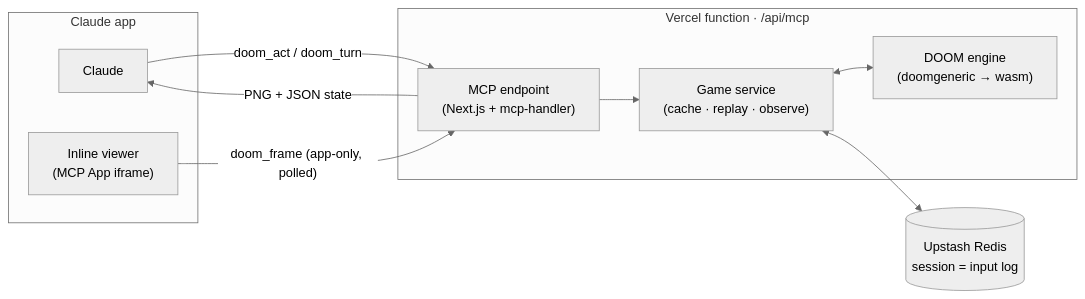
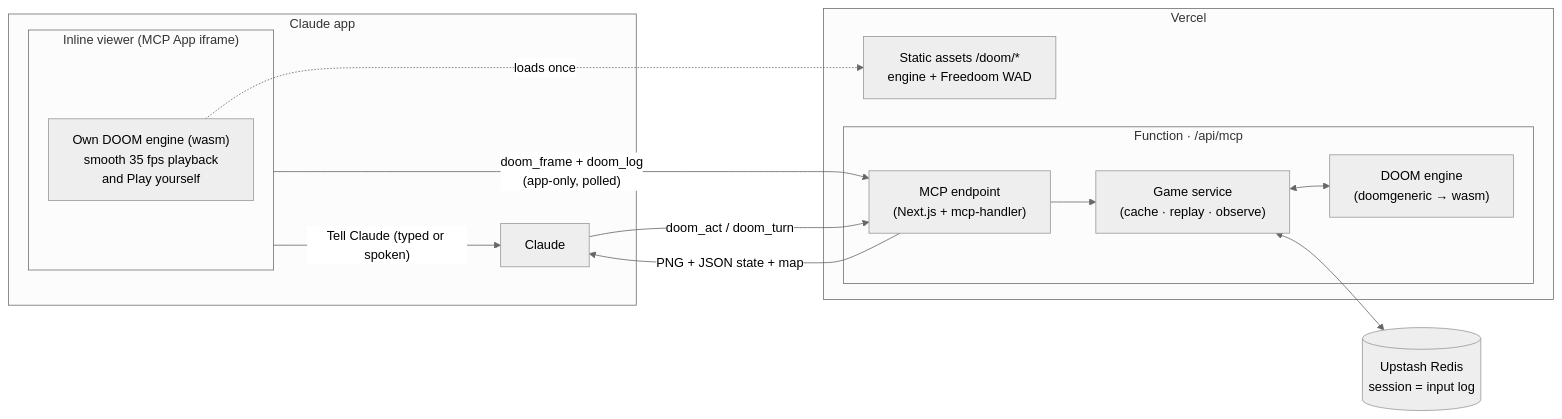
The diagram in README.md (ionut85/doom-mcp-app), drawn with Mermaid (neutral theme) before and after one commit. The commit also changed other lines of this file and 8 other files, not shown here.

First line of the commit message:
Phase 6: /replay with video recording, demo script, README diagram

````diff
--- a/README.md
+++ b/README.md
@@ -92,20 +94,27 @@
 ```mermaid
 flowchart LR
   subgraph app["Claude app"]
     C["Claude"]
-    V["Inline viewer<br/>(MCP App iframe)"]
+    subgraph V["Inline viewer (MCP App iframe)"]
+      VE["Own DOOM engine (wasm)<br/>smooth 35 fps playback<br/>and Play yourself"]
+    end
   end
-  subgraph fn["Vercel function · /api/mcp"]
-    M["MCP endpoint<br/>(Next.js + mcp-handler)"]
-    G["Game service<br/>(cache · replay · observe)"]
-    E["DOOM engine<br/>(doomgeneric → wasm)"]
+  subgraph vercel["Vercel"]
+    subgraph fn["Function · /api/mcp"]
+      M["MCP endpoint<br/>(Next.js + mcp-handler)"]
+      G["Game service<br/>(cache · replay · observe)"]
+      E["DOOM engine<br/>(doomgeneric → wasm)"]
+    end
+    S["Static assets /doom/*<br/>engine + Freedoom WAD"]
   end
   R[("Upstash Redis<br/>session = input log")]
 
   C -- "doom_act / doom_turn" --> M
-  M -- "PNG + JSON state" --> C
-  V -- "doom_frame (app-only, polled)" --> M
+  M -- "PNG + JSON state + map" --> C
+  V -- "doom_frame + doom_log<br/>(app-only, polled)" --> M
+  V -- "Tell Claude (typed or spoken)" --> C
+  VE -. "loads once" .-> S
   M --> G
   G <--> E
   G <--> R
 ```
````
